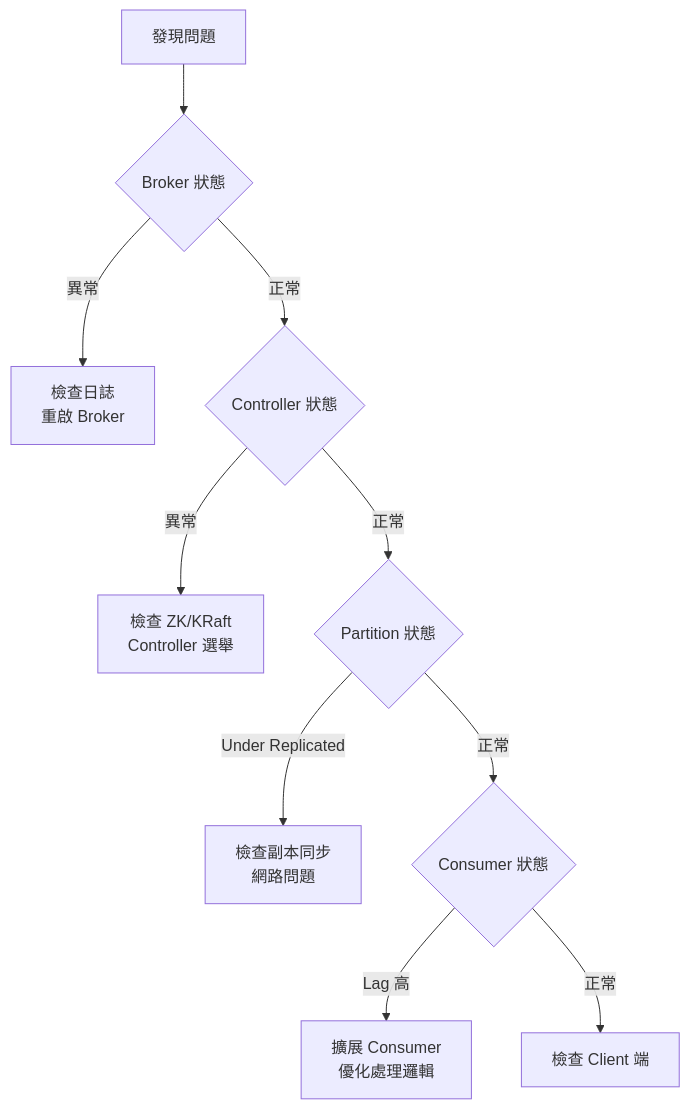
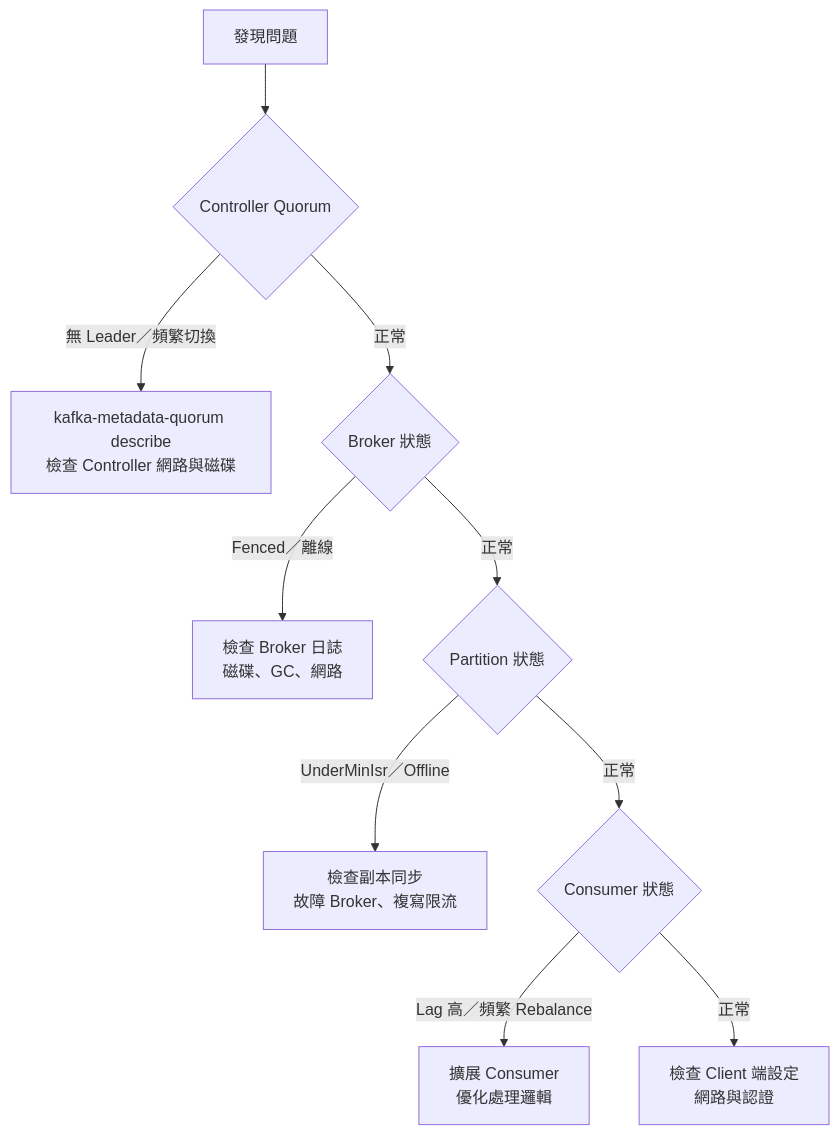
Before and after one commit to chihhung/Blog: diagram 24 of 29 in content/posts/教學/工具/Kafka教學手冊.md, drawn with Mermaid. The commit also changed other lines of this file and 10 other files, not shown here.

````diff
--- a/content/posts/教學/工具/Kafka教學手冊.md
+++ b/content/posts/教學/工具/Kafka教學手冊.md
@@ -1751,15 +3491,15 @@
 ```mermaid
 flowchart TB
-    START[發現問題] --> CHECK1{Broker 狀態}
-    CHECK1 -->|異常| FIX1[檢查日誌<br/>重啟 Broker]
-    CHECK1 -->|正常| CHECK2{Controller 狀態}
-    
-    CHECK2 -->|異常| FIX2[檢查 ZK/KRaft<br/>Controller 選舉]
+    START[發現問題] --> CHECK1{Controller Quorum}
+    CHECK1 -->|無 Leader／頻繁切換| FIX1[kafka-metadata-quorum describe<br/>檢查 Controller 網路與磁碟]
+    CHECK1 -->|正常| CHECK2{Broker 狀態}
+
+    CHECK2 -->|Fenced／離線| FIX2[檢查 Broker 日誌<br/>磁碟、GC、網路]
     CHECK2 -->|正常| CHECK3{Partition 狀態}
-    
-    CHECK3 -->|Under Replicated| FIX3[檢查副本同步<br/>網路問題]
+
+    CHECK3 -->|UnderMinIsr／Offline| FIX3[檢查副本同步<br/>故障 Broker、複寫限流]
     CHECK3 -->|正常| CHECK4{Consumer 狀態}
-    
-    CHECK4 -->|Lag 高| FIX4[擴展 Consumer<br/>優化處理邏輯]
-    CHECK4 -->|正常| CHECK5[檢查 Client 端]
+
+    CHECK4 -->|Lag 高／頻繁 Rebalance| FIX4[擴展 Consumer<br/>優化處理邏輯]
+    CHECK4 -->|正常| CHECK5[檢查 Client 端設定<br/>網路與認證]
 ```
````
